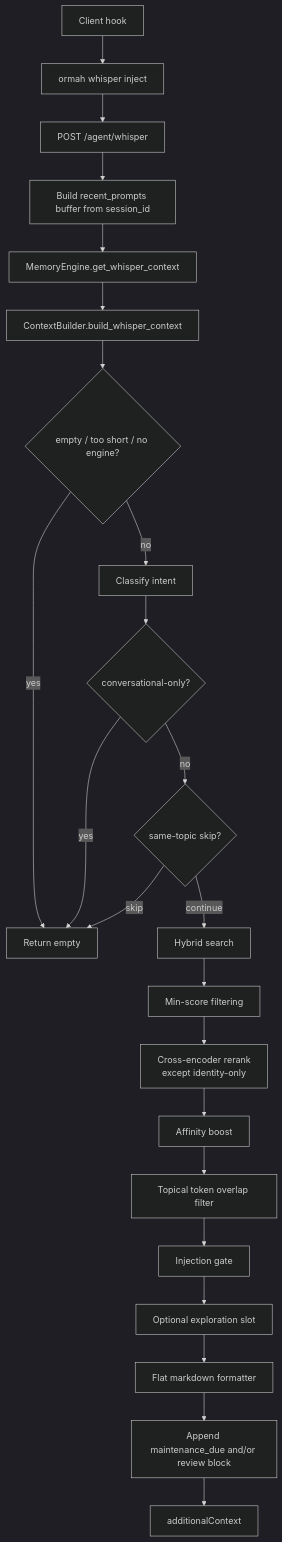
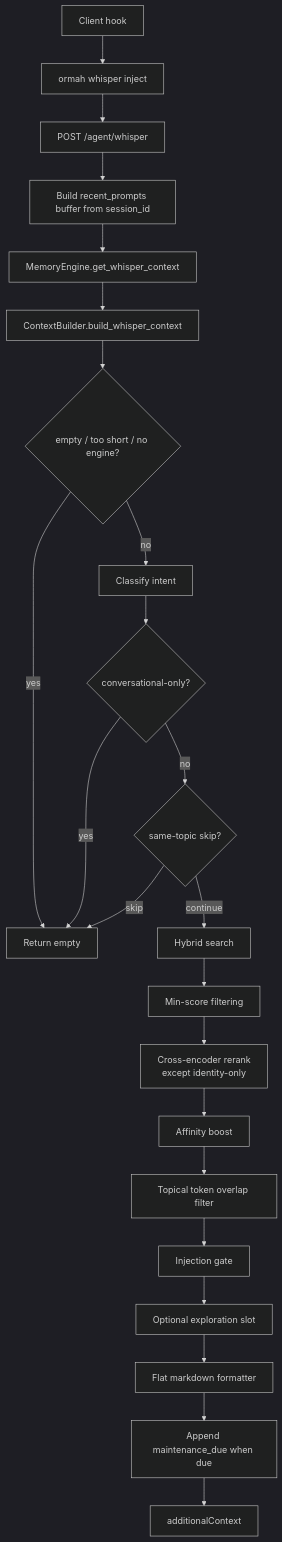
The first of 2 diagrams in docs/04 - Whisper - Involuntary Recall.md (r-spade/ormah), drawn with Mermaid (dark theme) before and after one commit. The commit also changed other lines of this file and 8 other files, not shown here.

````diff
--- a/docs/04 - Whisper - Involuntary Recall.md
+++ b/docs/04 - Whisper - Involuntary Recall.md
@@ -20,28 +20,28 @@
 ```mermaid
 flowchart TB
     START[Client hook] --> CLI[ormah whisper inject]
     CLI --> API[POST /agent/whisper]
     API --> BUFFER[Build recent_prompts buffer from session_id]
     BUFFER --> ENGINE[MemoryEngine.get_whisper_context]
     ENGINE --> BUILD[ContextBuilder.build_whisper_context]
 
     BUILD --> EARLY{empty / too short / no engine?}
     EARLY -->|yes| EMPTY[Return empty]
     EARLY -->|no| INTENT[Classify intent]
 
     INTENT --> CONV{conversational-only?}
     CONV -->|yes| EMPTY
     CONV -->|no| TOPIC{same-topic skip?}
 
     TOPIC -->|skip| EMPTY
     TOPIC -->|continue| SEARCH[Hybrid search]
     SEARCH --> FLOOR[Min-score filtering]
     FLOOR --> RERANK[Cross-encoder rerank<br/>except identity-only]
     RERANK --> AFFINITY[Affinity boost]
     AFFINITY --> OVERLAP[Topical token overlap filter]
     OVERLAP --> GATE[Injection gate]
     GATE --> EXPLORE[Optional exploration slot]
     EXPLORE --> FORMAT[Flat markdown formatter]
-    FORMAT --> EXTRA[Append maintenance_due and/or review block]
+    FORMAT --> EXTRA[Append maintenance_due when due]
     EXTRA --> RESULT[additionalContext]
 ```
````
